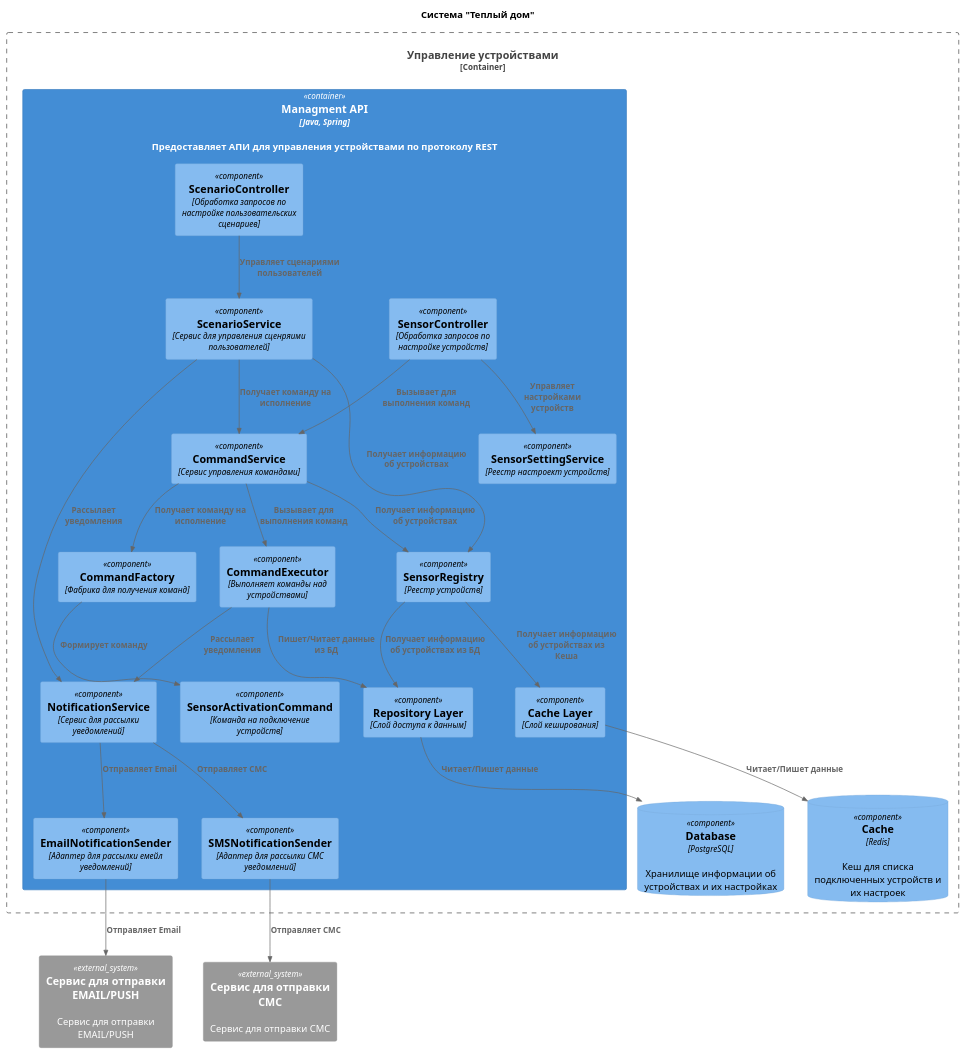
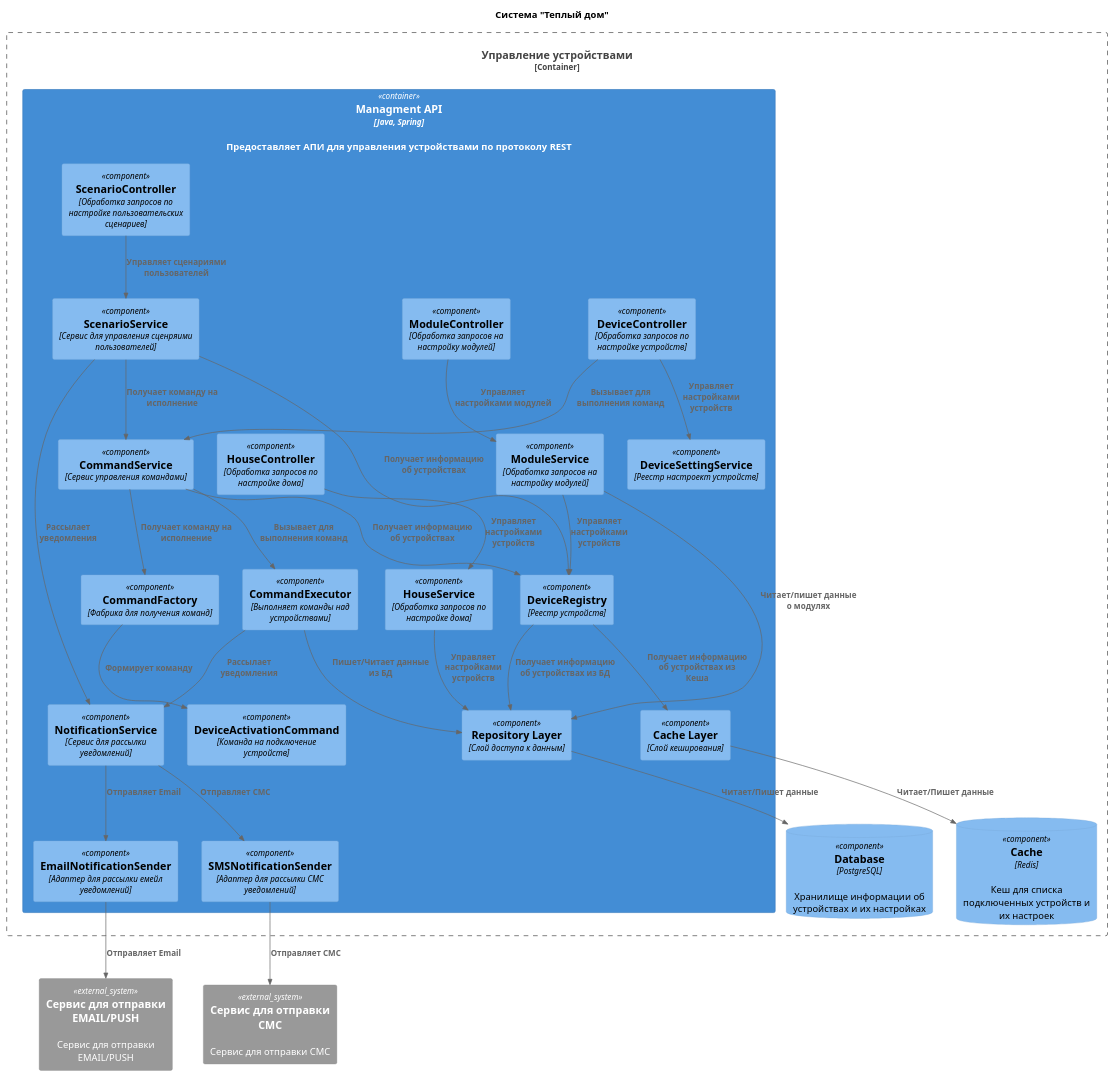
Before and after one commit to AlexVolkow/architecture-sprint-3: the diagram in part1/Component_managment.puml, drawn with PlantUML. The commit also changed 5 other files, not shown here.

Commit message:
Обновил схемы

```diff
--- a/part1/Component_managment.puml
+++ b/part1/Component_managment.puml
@@ -1,55 +1,65 @@
 @startuml
 title Система "Теплый дом"
 
 top to bottom direction
 
 !includeurl https://raw.githubusercontent.com/RicardoNiepel/C4-PlantUML/master/C4_Component.puml
 
 Container_Boundary(DeviceManagmentSystem, "Управление устройствами") {
     Container(ManagmentAPI, "Managment API", "Java, Spring", "Предоставляет АПИ для управления устройствами по протоколу REST")
     ComponentDb(Database, "Database", "PostgreSQL", "Хранилище информации об устройствах и их настройках")
     ComponentDb(Cache, "Cache", "Redis", "Кеш для списка подключенных устройств и их настроек")
 }
 
 System_Ext(NotificationServiceExtEmail, "Сервис для отправки EMAIL/PUSH", "Сервис для отправки EMAIL/PUSH")
 System_Ext(NotificationServiceExtSMS, "Сервис для отправки СМС", "Сервис для отправки СМС")
 
 Container(ManagmentAPI, "Управление устройствами", "Java, Spring") {
-  Component(SensorController, "SensorController", "Обработка запросов по настройке устройств")
+  Component(DeviceController, "DeviceController", "Обработка запросов по настройке устройств")
   Component(ScenarioController, "ScenarioController", "Обработка запросов по настройке пользовательских сценариев")
+  Component(ModuleController, "ModuleController", "Обработка запросов на настройку модулей")
+  Component(ModuleService, "ModuleService", "Обработка запросов на настройку модулей")
+  Component(HouseService, "HouseService", "Обработка запросов по настройке дома")
+  Component(HouseController, "HouseController", "Обработка запросов по настройке дома")
   Component(CommandService, "CommandService", "Сервис управления командами")
   Component(CommandExecutor, "CommandExecutor", "Выполняет команды над устройствами")
   Component(CommandFactory, "CommandFactory", "Фабрика для получения команд")
-  Component(SensorRegistry, "SensorRegistry", "Реестр устройств")
-  Component(SensorSettingService, "SensorSettingService", "Реестр настроект устройств")
-  Component(SensorActivationCommand, "SensorActivationCommand", "Команда на подключение устройств")
+  Component(DeviceRegistry, "DeviceRegistry", "Реестр устройств")
+  Component(DeviceSettingService, "DeviceSettingService", "Реестр настроект устройств")
+  Component(DeviceActivationCommand, "DeviceActivationCommand", "Команда на подключение устройств")
   Component(ScenarioService, "ScenarioService", "Сервис для управления сценряими пользователей")
   Component(RepositoryLayer, "Repository Layer", "Слой доступа к данным")
   Component(CacheLayer, "Cache Layer", "Слой кеширования")
   Component(NotificationService, "NotificationService", "Сервис для рассылки уведомлений")
   Component(EmailNotificationSender, "EmailNotificationSender", "Адаптер для рассылки емейл уведомлений")
   Component(SMSNotificationSender, "SMSNotificationSender", "Адаптер для рассылки СМС уведомлений")
 }
 
 Rel(CommandService,CommandFactory,"Получает команду на исполнение")
 Rel(CommandService,CommandExecutor,"Вызывает для выполнения команд")
-Rel(CommandService,SensorRegistry,"Получает информацию об устройствах")
-Rel(SensorController,CommandService,"Вызывает для выполнения команд")
-Rel(CommandFactory,SensorActivationCommand,"Формирует команду")
-Rel(SensorController,SensorSettingService,"Управляет настройками устройств")
+Rel(CommandService,DeviceRegistry,"Получает информацию об устройствах")
+Rel(DeviceController,CommandService,"Вызывает для выполнения команд")
+Rel(CommandFactory,DeviceActivationCommand,"Формирует команду")
+Rel(DeviceController,DeviceSettingService,"Управляет настройками устройств")
+Rel(ModuleController,ModuleService,"Управляет настройками модулей")
+Rel(ModuleService,RepositoryLayer,"Читает/пишет данные о модулях")
+Rel(ModuleService,DeviceRegistry,"Управляет настройками устройств")
+Rel(HouseController,HouseService,"Управляет настройками устройств")
+Rel(HouseService,RepositoryLayer,"Управляет настройками устройств")
+
 Rel(ScenarioController,ScenarioService,"Управляет сценариями пользователей")
-Rel(ScenarioService,SensorRegistry,"Получает информацию об устройствах")
+Rel(ScenarioService,DeviceRegistry,"Получает информацию об устройствах")
 Rel(ScenarioService,NotificationService,"Рассылает уведомления")
 Rel(ScenarioService,CommandService,"Получает команду на исполнение")
-Rel(SensorRegistry,CacheLayer,"Получает информацию об устройствах из Кеша")
-Rel(SensorRegistry,RepositoryLayer,"Получает информацию об устройствах из БД")
+Rel(DeviceRegistry,CacheLayer,"Получает информацию об устройствах из Кеша")
+Rel(DeviceRegistry,RepositoryLayer,"Получает информацию об устройствах из БД")
 Rel(CommandExecutor,RepositoryLayer,"Пишет/Читает данные из БД")
 Rel(CommandExecutor,NotificationService,"Рассылает уведомления")
 Rel(NotificationService,EmailNotificationSender,"Отправляет Email")
 Rel(NotificationService,SMSNotificationSender,"Отправляет СМС")
 Rel(SMSNotificationSender,NotificationServiceExtSMS,"Отправляет СМС")
 Rel(EmailNotificationSender,NotificationServiceExtEmail,"Отправляет Email")
 Rel(RepositoryLayer,Database,"Читает/Пишет данные")
 Rel(CacheLayer,Cache,"Читает/Пишет данные")
 
 @enduml
```
